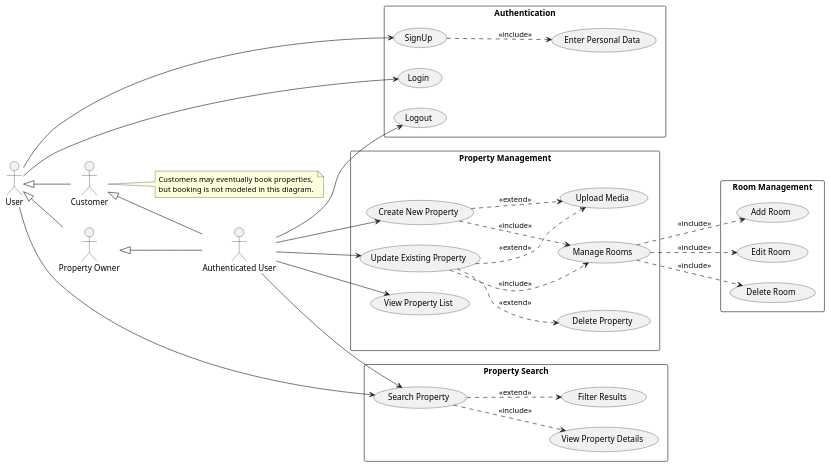
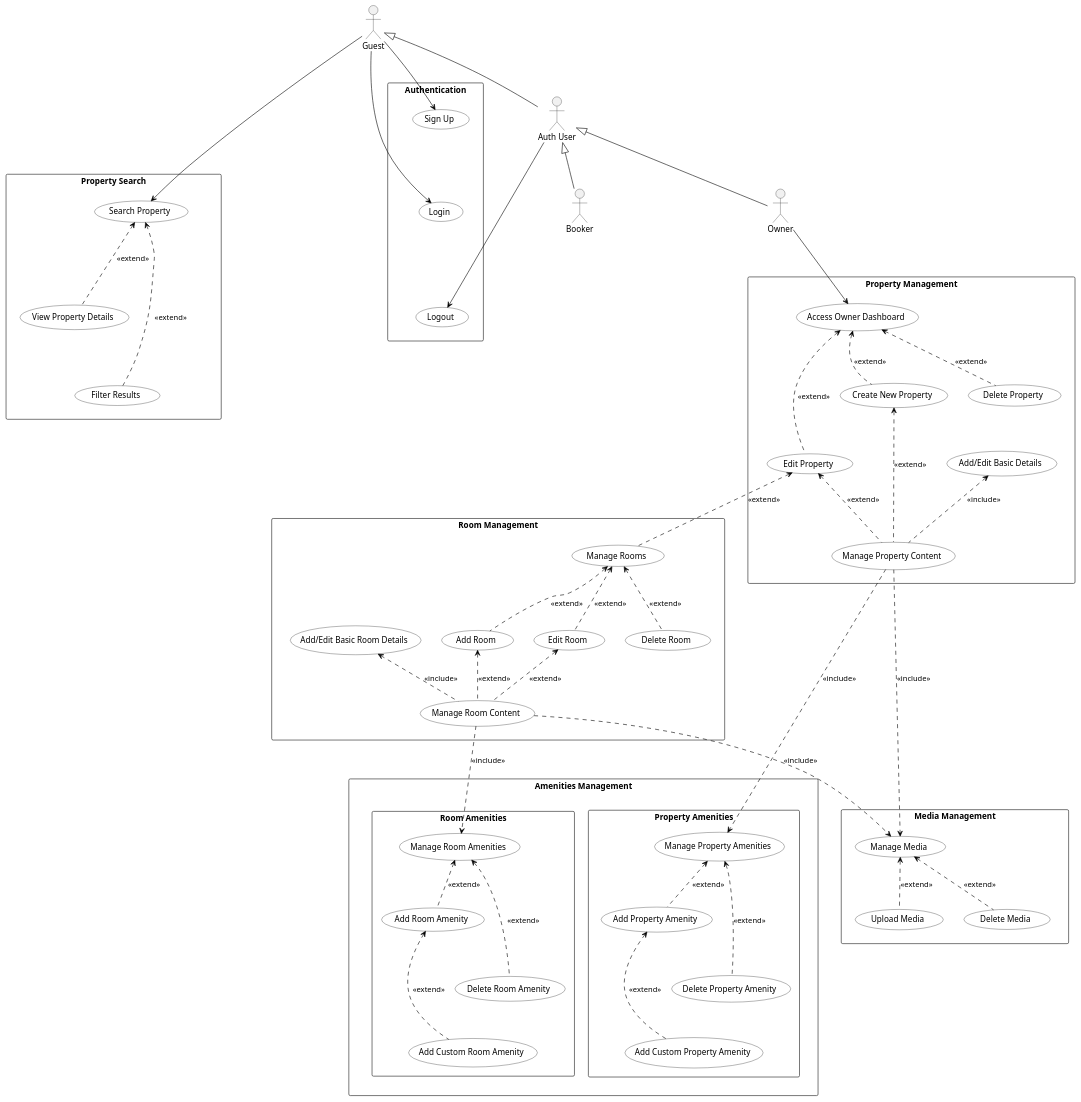
One commit to Formola/progettazione-hotel changed the diagram in docs/plantuml/analisi/usecase1.puml. Above: the diagram before and after it, drawn with PlantUML. The commit also changed 12 other files, not shown here.

Commit message:
Aggiorna diagrammi e file generati analisi

```diff
--- a/docs/plantuml/analisi/usecase1.puml
+++ b/docs/plantuml/analisi/usecase1.puml
@@ -1,87 +1,163 @@
-    @startuml usecase1
-    left to right direction
-    skinparam packageStyle rectangle
+@startuml usecase_diagram
+top to bottom direction
+skinparam packageStyle rectangle
+skinparam usecase {
+    BackgroundColor White
+    BorderColor Black
+    ArrowColor Black
+    Shadowing false
+}
 
-    ' Actors
-    actor "User" as User
-    actor "Customer" as Customer
-    actor "Property Owner" as Owner
-    actor "Authenticated User" as AuthUser
+' 1. ACTORS
+actor "Guest" as Guest
+actor "Auth User" as AuthUser
+actor "Owner" as Owner
+actor "Booker" as Booker
 
-    ' Actor hierarchy
-    User <|-- Customer
-    User <|-- Owner
-    Customer <|-- AuthUser
-    Owner <|-- AuthUser
+Guest <|-- AuthUser
+AuthUser <|-- Owner
+AuthUser <|-- Booker
 
-    ' Authentication package
-    package "Authentication" {
-        (SignUp)
-        (Login)
-        (Logout)
-        (Enter Personal Data)
+' 2. LEFT COLUMN
+
+package "Authentication" as PkgAuth {
+    (Sign Up)
+    (Login)
+    (Logout)
+    (Sign Up) -[hidden]down-> (Login)
+    (Login) -[hidden]down-> (Logout)
+}
+
+package "Property Search" as PkgSearch {
+    (Search Property)
+    (View Property Details)
+    (Filter Results)
+    (Search Property) -[hidden]down-> (View Property Details)
+    (View Property Details) -[hidden]down-> (Filter Results)
+}
+
+' QUESTI ORA SONO A SINISTRA (SOTTO SEARCH)
+package "Media Management" as PkgMedia {
+    (Manage Media) as ManageMedia
+    (Upload Media)
+    (Delete Media)
+}
+
+package "Room Management" as PkgRoom {
+    (Manage Rooms)
+    (Add Room)
+    (Edit Room)
+    (Delete Room)
+    (Manage Room Content) as MngRoomCont
+    (Add/Edit Basic Room Details) as BasicRoomDetails
+}
+
+' 3. RIGHT COLUMN
+
+package "Property Management" as PkgProp {
+    (Access Owner Dashboard) as Dashboard
+    (Create New Property) as CreateProp
+    (Edit Property) as EditProp
+    (Delete Property)
+    (Manage Property Content) as MngPropCont
+    (Add/Edit Basic Details) as BasicDetails
+    
+    Dashboard -[hidden]down-> CreateProp
+    CreateProp -[hidden]down-> EditProp
+}
+
+package "Amenities Management" as PkgAmen {
+    rectangle "Property Amenities" {
+        (Manage Property Amenities) as ManagePropAm
+        (Add Property Amenity) as AddPropAm
+        (Delete Property Amenity) as DelPropAm
+        (Add Custom Property Amenity) as CustPropAm
+        ManagePropAm -[hidden]down-> AddPropAm
+        AddPropAm -[hidden]down-> DelPropAm
+        DelPropAm -[hidden]down-> CustPropAm
     }
+    
+    rectangle "Room Amenities" {
+        (Manage Room Amenities) as ManageRoomAm
+        (Add Room Amenity) as AddRoomAm
+        (Delete Room Amenity) as DelRoomAm
+        (Add Custom Room Amenity) as CustRoomAm
+        ManageRoomAm -[hidden]down-> AddRoomAm
+        AddRoomAm -[hidden]down-> DelRoomAm
+        DelRoomAm -[hidden]down-> CustRoomAm
+    }
+}
 
-    ' Property Management package
-    package "Property Management" {
-        (Create New Property)
-        (Update Existing Property)
-        (Delete Property)
-        (View Property List)
-        (Manage Rooms)
-        (Upload Media)
-    }
+' 4. LAYOUT GRID
 
-    ' Room Management package
-    package "Room Management" {
-        (Add Room)
-        (Edit Room)
-        (Delete Room)
-    }
-
-    ' Property Search package
-    package "Property Search" {
-        (Search Property)
-        (View Property Details)
-        (Filter Results)
-    }
-
-    ' Relations: Authentication
-    User --> (SignUp)
-    User --> (Login)
-    AuthUser --> (Logout)
-
-    (SignUp) ..> (Enter Personal Data) : <<include>>
-
-    ' Relations: Property Management (only Authenticated Owner)
-    AuthUser --> (View Property List)
-    AuthUser --> (Create New Property)
-    AuthUser --> (Update Existing Property)
-
-    (Create New Property) ..> (Manage Rooms) : <<include>>
-    (Create New Property) ..> (Upload Media) : <<extend>>
-
-    (Update Existing Property) ..> (Delete Property) : <<extend>>
-    (Update Existing Property) ..> (Manage Rooms) : <<include>>
-    (Update Existing Property) ..> (Upload Media) : <<extend>>
+' Colonna Sinistra: Auth -> Search
+PkgAuth -[hidden]down-> PkgSearch
 
 
-    (Manage Rooms) ..> (Add Room) : <<include>>
-    (Manage Rooms) ..> (Edit Room) : <<include>>
-    (Manage Rooms) ..> (Delete Room) : <<include>>
+PkgSearch -[hidden]down---> PkgRoom 
 
-    ' Relations: Property Search (all users can search)
-    User --> (Search Property)
-    ' Authenticated users can also search
-    AuthUser --> (Search Property)
+' Room sotto Media
+PkgMedia -[hidden]up-> PkgProp
 
-    (Search Property) ..> (View Property Details) : <<include>>
-    (Search Property) ..> (Filter Results) : <<extend>>
 
-    ' Note: Booking not modeled
-    note right of Customer
-    Customers may eventually book properties, 
-    but booking is not modeled in this diagram.
-    end note
+' Colonna Destra: Property a destra di Auth/Search
+PkgAuth -[hidden]right-> PkgProp
 
-    @enduml
+' Amenities a destra di Property
+PkgProp -[hidden]right-> PkgAmen
+
+' 5. RELATIONS
+
+' --- Auth ---
+Guest --> (Sign Up)
+Guest --> (Login)
+AuthUser --> (Logout)
+
+' --- Search ---
+Guest --> (Search Property)
+'extend per View Details
+(Search Property) <.. (View Property Details) : <<extend>>
+(Filter Results) ..> (Search Property) : <<extend>>
+
+' --- Property Flow ---
+Owner --> Dashboard
+Dashboard <.. CreateProp : <<extend>>
+Dashboard <.. EditProp : <<extend>>
+Dashboard <.. (Delete Property) : <<extend>>
+CreateProp <.. MngPropCont : <<extend>>
+EditProp <.. MngPropCont : <<extend>>
+BasicDetails <.. MngPropCont : <<include>>
+
+' --- Media Connections ---
+' Le frecce andranno da Destra (Prop) a Sinistra (Media)
+MngPropCont ..> ManageMedia : <<include>>
+MngRoomCont ..> ManageMedia : <<include>>
+
+' Logic Media con extend
+ManageMedia <.. (Upload Media) : <<extend>>
+ManageMedia <.. (Delete Media) : <<extend>>
+
+' --- Room Flow ---
+' Le frecce andranno da Destra (Prop) a Sinistra (Room)
+EditProp <.. (Manage Rooms) : <<extend>>
+(Manage Rooms) <.. (Add Room) : <<extend>>
+(Manage Rooms) <.. (Edit Room) : <<extend>>
+(Manage Rooms) <.. (Delete Room) : <<extend>>
+(Add Room) <.. MngRoomCont : <<extend>>
+(Edit Room) <.. MngRoomCont : <<extend>>
+BasicRoomDetails <.. MngRoomCont : <<include>>
+
+' --- Amenities Connections ---
+MngPropCont ..> ManagePropAm : <<include>>
+MngRoomCont ..> ManageRoomAm : <<include>>
+
+' Logic Amenities
+ManagePropAm <.. AddPropAm : <<extend>>
+ManagePropAm <.. DelPropAm : <<extend>>
+AddPropAm <.. CustPropAm : <<extend>>
+
+ManageRoomAm <.. AddRoomAm : <<extend>>
+ManageRoomAm <.. DelRoomAm : <<extend>>
+AddRoomAm <.. CustRoomAm : <<extend>>
+
+@enduml
```
